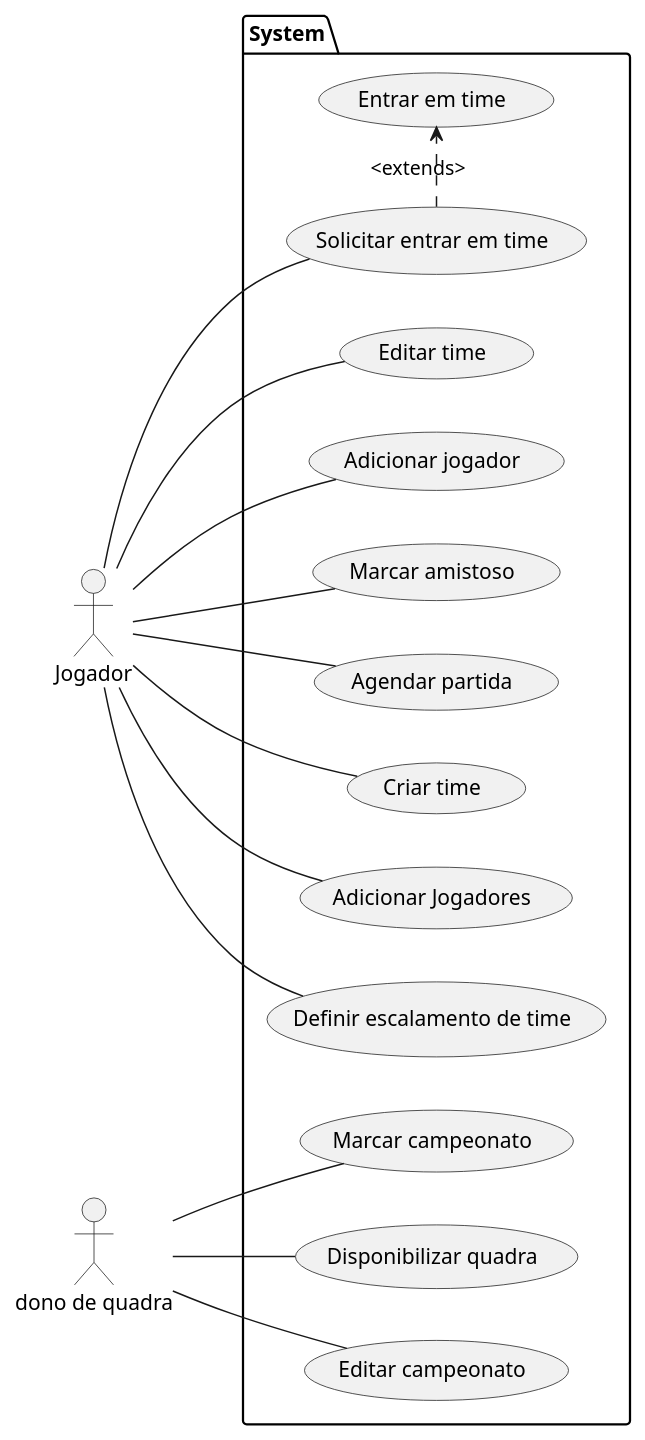
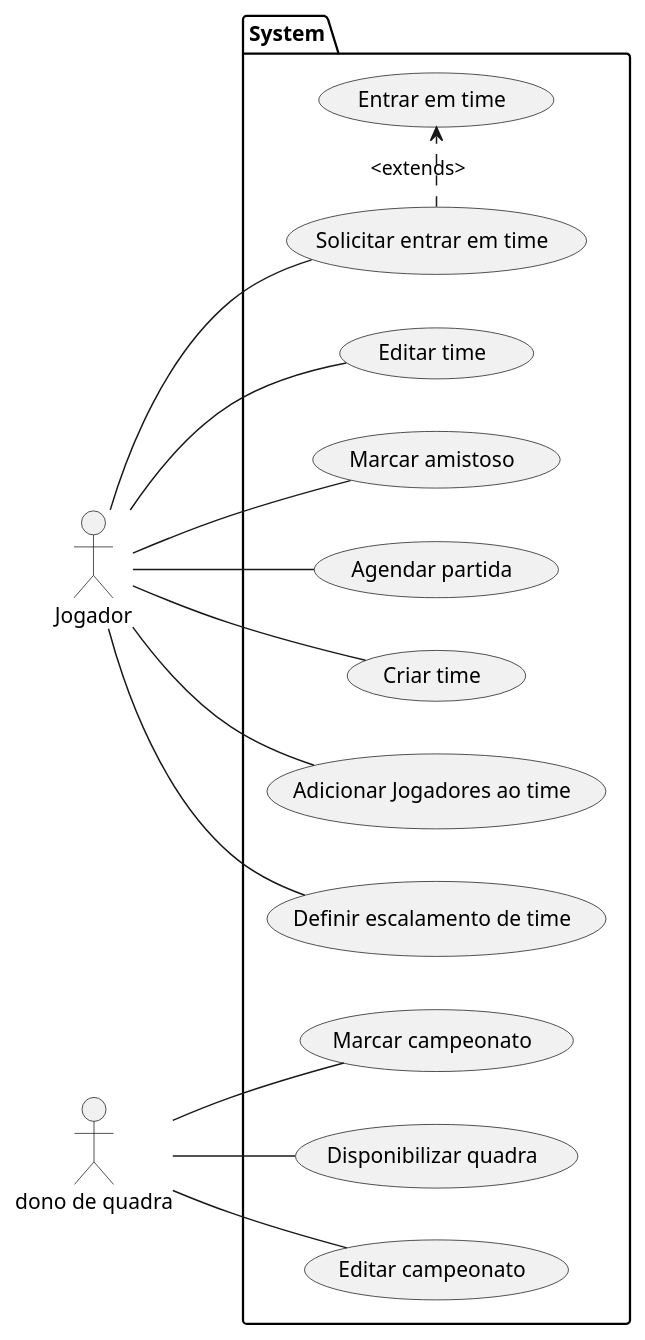
Before and after one commit to ItaloBello/ES3: the diagram in docs/useCases/useCase.puml, drawn with PlantUML.

Commit message:
Atualização DCU

```diff
--- a/docs/useCases/useCase.puml
+++ b/docs/useCases/useCase.puml
@@ -1,34 +1,32 @@
 @startuml CasosDeUso
 left to right direction
 actor Jogador as J
 actor "dono de quadra" as D
 package System{
     usecase "Editar time" as UC1
-    usecase "Adicionar jogador" as UC2
-    usecase "Marcar amistoso" as UC3
-    usecase "Agendar partida" as UC4
-    usecase "Criar time" as UC5
-    usecase "Adicionar Jogadores" as UC6
-    usecase "Solicitar entrar em time" as UC7
-    usecase "Entrar em time" as UC8
-    usecase "Definir escalamento de time" as UC9
-    usecase "Marcar campeonato" as UC10
-    usecase "Disponibilizar quadra" as UC11
-    usecase "Editar campeonato" as UC12
+    usecase "Marcar amistoso" as UC2
+    usecase "Agendar partida" as UC3
+    usecase "Criar time" as UC4
+    usecase "Adicionar Jogadores ao time" as UC5
+    usecase "Solicitar entrar em time" as UC6
+    usecase "Entrar em time" as UC7
+    usecase "Definir escalamento de time" as UC8
+    usecase "Marcar campeonato" as UC9
+    usecase "Disponibilizar quadra" as UC10
+    usecase "Editar campeonato" as UC11
 }
 
 J -- UC1
 J -- UC2
 J -- UC3
 J -- UC4
 J -- UC5
 J -- UC6
-J -- UC7
-UC7 .> UC8 : <extends>
-J -- UC9
+UC6 .> UC7 : <extends>
+J -- UC8
 
+D -- UC9
 D -- UC10
 D -- UC11
-D -- UC12
 
 @enduml
```
